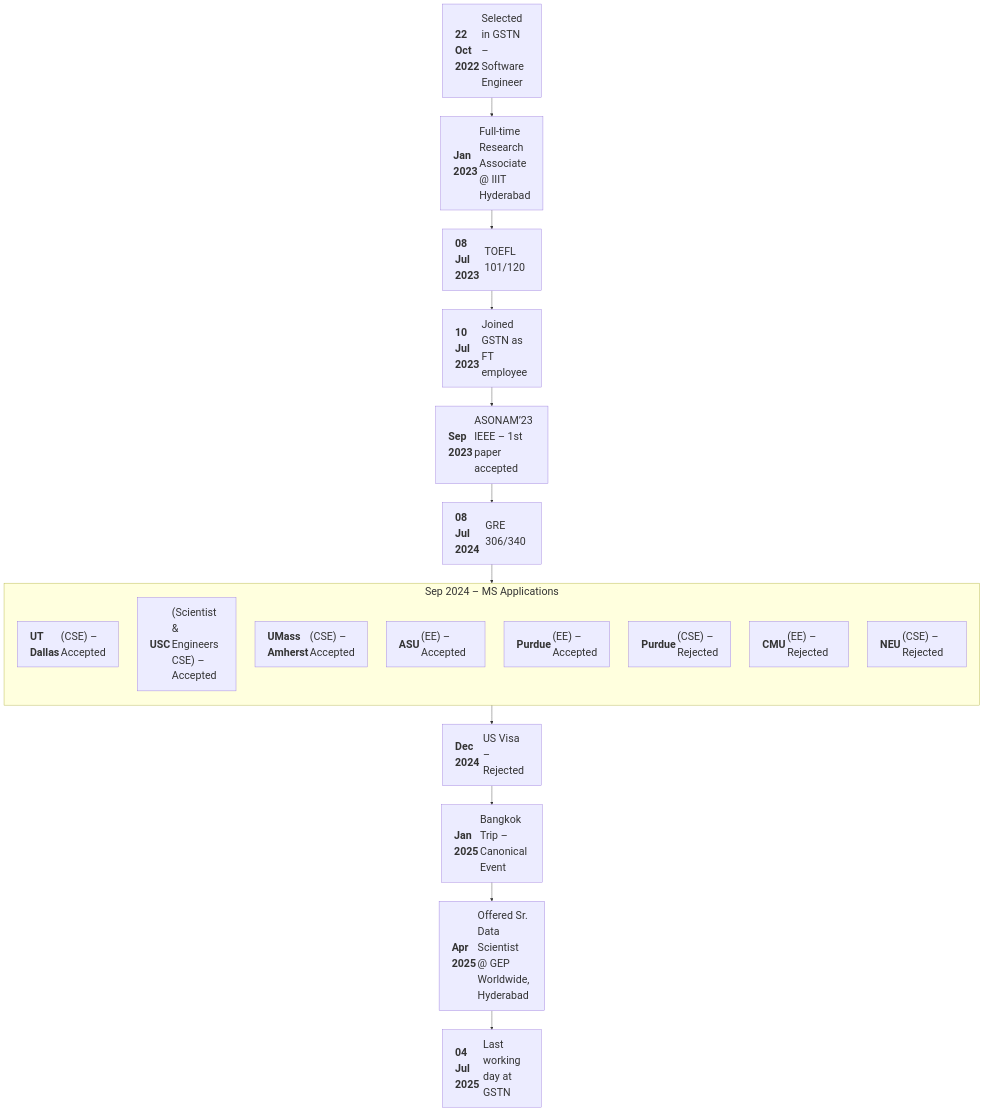
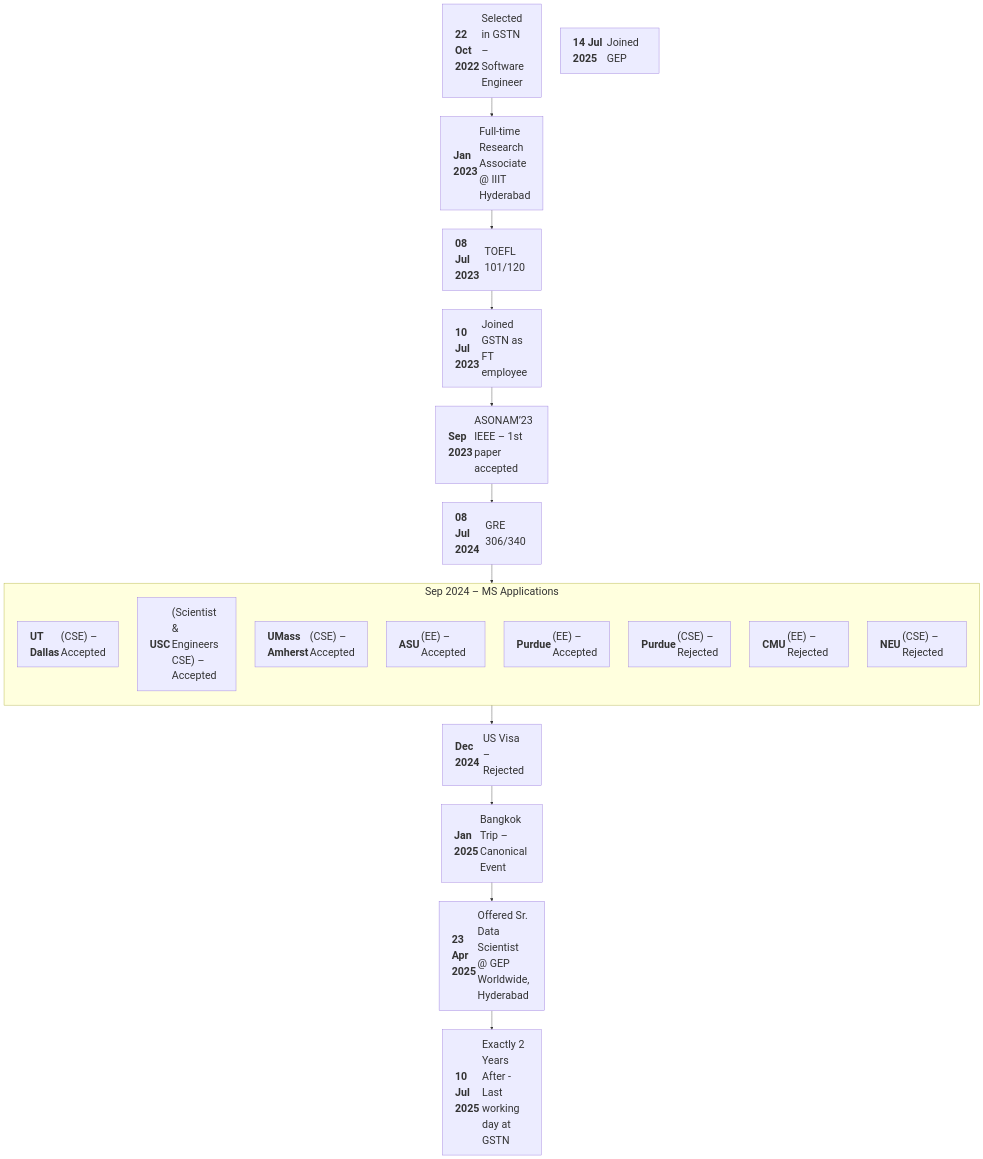
The diagram in README.md (AryamannTomar/AryamannTomar), drawn with Mermaid before and after one commit.

````diff
--- a/README.md
+++ b/README.md
@@ -14,40 +14,42 @@
 ```mermaid
 %%{init: {
   "themeVariables": {
     "fontSize": "28px",
     "nodePadding": "20px",
     "edgeLabelFontSize": "30px"
   },
   "themeConfig": {
     "nodeTextMargin": 5,
     "padding": 15
   }
 }}%%
 flowchart TD
   A1["<table><tr><td align='left'><b>22 Oct 2022</b></td><td align='left'>Selected in GSTN – Software Engineer</td></tr></table>"]
   A2["<table><tr><td align='left'><b>Jan 2023</b></td><td align='left'>Full-time Research Associate @ IIIT Hyderabad</td></tr></table>"]
   A3["<table><tr><td align='left'><b>08 Jul 2023</b></td><td align='left'>TOEFL 101/120</td></tr></table>"]
   A4["<table><tr><td align='left'><b>10 Jul 2023</b></td><td align='left'>Joined GSTN as FT employee</td></tr></table>"]
   A5["<table><tr><td align='left'><b>Sep 2023</b></td><td align='left'>ASONAM’23 IEEE – 1st paper accepted</td></tr></table>"]
   
   A6["<table><tr><td align='left'><b>08 Jul 2024</b></td><td align='left'>GRE 306/340</td></tr></table>"]
   subgraph MS_Apps [Sep 2024 – MS Applications]
     direction TB
     A7["<table><tr><td align='left'><b>UT Dallas</b></td><td align='left'>(CSE) – Accepted</td></tr></table>"]
     A8["<table><tr><td align='left'><b>USC</b></td><td align='left'>(Scientist & Engineers CSE) – Accepted</td></tr></table>"]
     A9["<table><tr><td align='left'><b>UMass Amherst</b></td><td align='left'>(CSE) – Accepted</td></tr></table>"]
     A10["<table><tr><td align='left'><b>ASU</b></td><td align='left'>(EE) – Accepted</td></tr></table>"]
     A11["<table><tr><td align='left'><b>Purdue</b></td><td align='left'>(EE) – Accepted</td></tr></table>"]
     A12["<table><tr><td align='left'><b>Purdue</b></td><td align='left'>(CSE) – Rejected</td></tr></table>"]
     A13["<table><tr><td align='left'><b>CMU</b></td><td align='left'>(EE) – Rejected</td></tr></table>"]
     A14["<table><tr><td align='left'><b>NEU</b></td><td align='left'>(CSE) – Rejected</td></tr></table>"]
   end
 
   A15["<table><tr><td align='left'><b>Dec 2024</b></td><td align='left'>US Visa – Rejected</td></tr></table>"]
   A16["<table><tr><td align='left'><b>Jan 2025</b></td><td align='left'>Bangkok Trip – Canonical Event</td></tr></table>"]
-  A17["<table><tr><td align='left'><b>Apr 2025</b></td><td align='left'>Offered Sr. Data Scientist @ GEP Worldwide, Hyderabad</td></tr></table>"]
-  A18["<table><tr><td align='left'><b>04 Jul 2025</b></td><td align='left'>Last working day at GSTN</td></tr></table>"]
+  A17["<table><tr><td align='left'><b>23 Apr 2025</b></td><td align='left'>Offered Sr. Data Scientist @ GEP Worldwide, Hyderabad</td></tr></table>"]
+  A18["<table><tr><td align='left'><b>10 Jul 2025</b></td><td align='left'>Exactly 2 Years After - Last working day at GSTN</td></tr></table>"]
+  A19["<table><tr><td align='left'><b>14 Jul 2025</b></td><td align='left'>Joined GEP</td></tr></table>"]
+
 
   %% chain them all
   A1 --> A2 --> A3 --> A4 --> A5 --> A6 --> MS_Apps --> A15 --> A16 --> A17 --> A18
 ```
````
